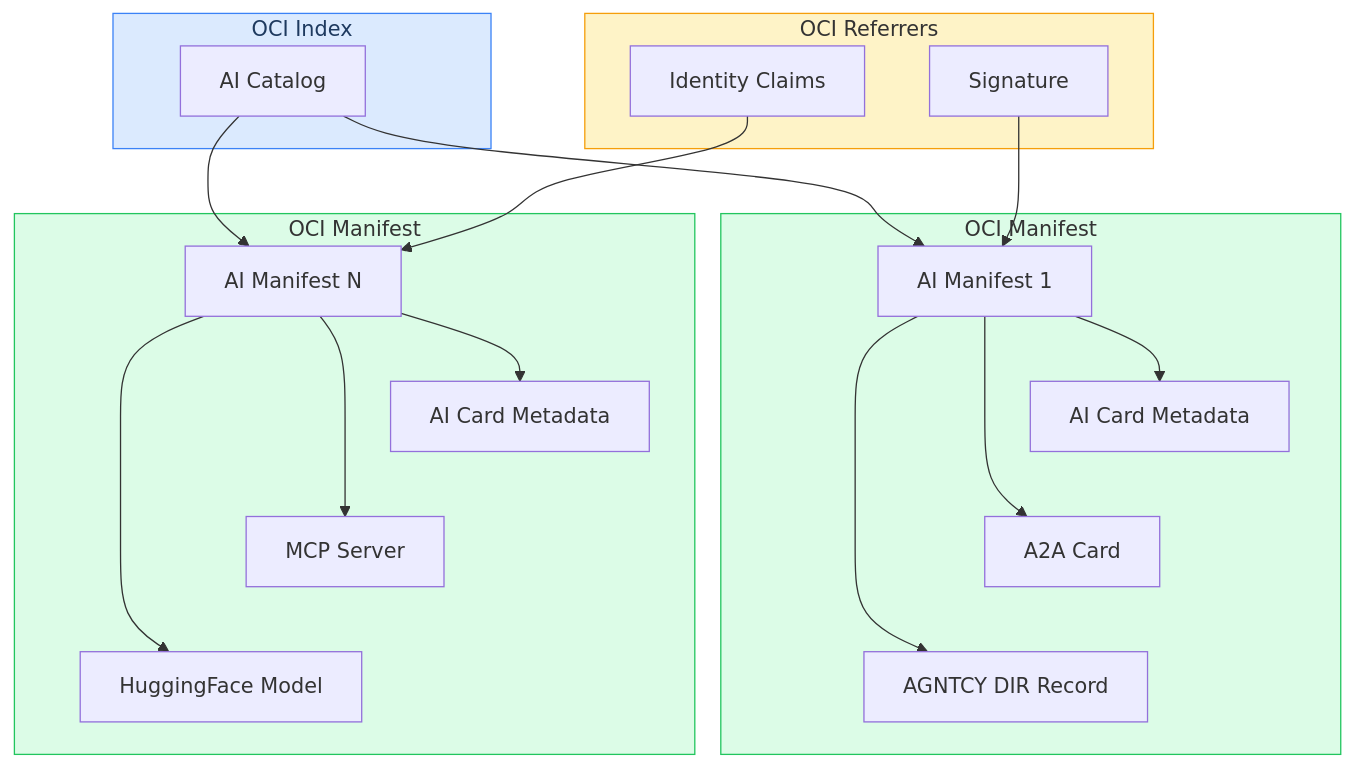
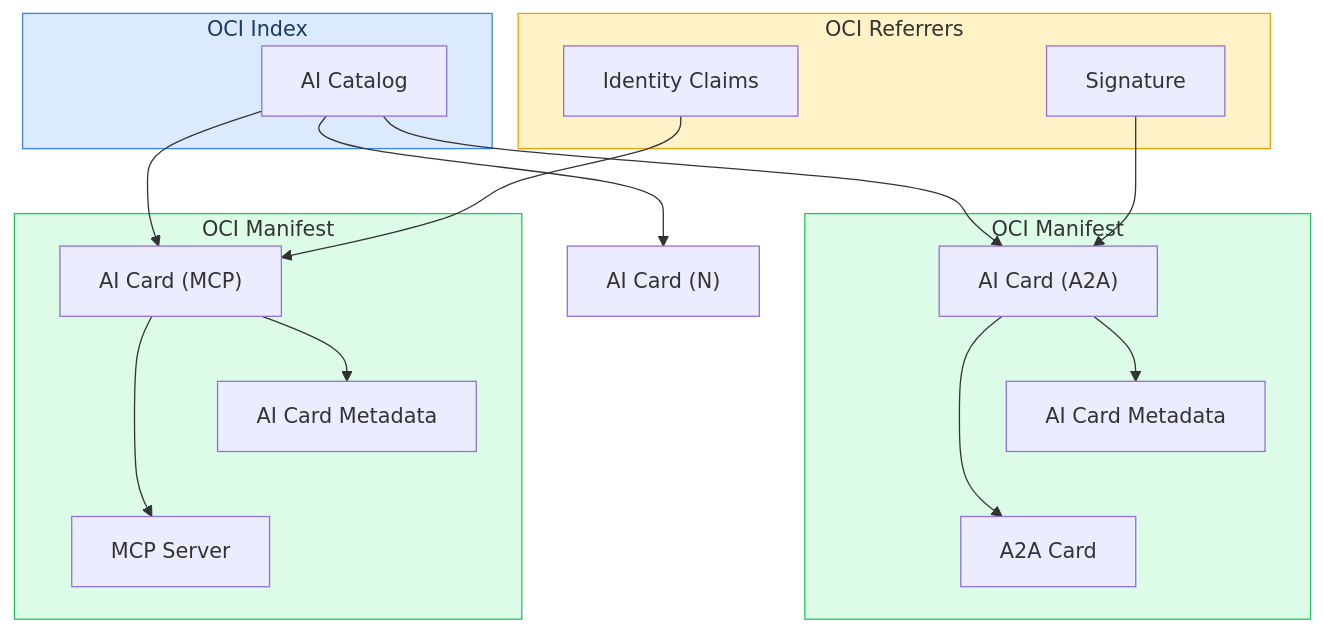
The diagram in specification/README.md (Agent-Card/ai-card), drawn with Mermaid before and after one commit. The commit also changed other lines of this file and 4 other files, not shown here.

````diff
--- a/specification/README.md
+++ b/specification/README.md
@@ -65,36 +65,35 @@
 ```mermaid
 graph TB
   subgraph Catalog["OCI Index"]
     AICatalog["AI Catalog"]
   end
 
-  AICatalog --> AIM1["AI Manifest 1"]
-  AICatalog --> AIMn["AI Manifest N"]
+  AICatalog --> AIC1["AI Card (A2A)"]
+  AICatalog --> AIC2["AI Card (MCP)"]
+  AICatalog --> AICn["AI Card (N)"]
 
-  subgraph Manifest1["OCI Manifest"]
-    AIM1 --> Config1["AI Card Metadata"]
-    AIM1 --> Layer1A["A2A Card"]
-    AIM1 --> Layer1B["AGNTCY DIR Record"]
-    Config1 ~~~ Layer1A ~~~ Layer1B
+  subgraph Card1["OCI Manifest"]
+    AIC1 --> Meta1["AI Card Metadata"]
+    AIC1 --> Layer1["A2A Card"]
+    Meta1 ~~~ Layer1
   end
 
-  subgraph ManifestN["OCI Manifest"]
-    AIMn --> ConfigN["AI Card Metadata"]
-    AIMn --> LayerN1["MCP Server"]
-    AIMn --> LayerN2["HuggingFace Model"]
-    ConfigN ~~~ LayerN1 ~~~ LayerN2
+  subgraph Card2["OCI Manifest"]
+    AIC2 --> Meta2["AI Card Metadata"]
+    AIC2 --> Layer2["MCP Server"]
+    Meta2 ~~~ Layer2
   end
 
   subgraph AppLayer["OCI Referrers"]
     Ext1["Signature"]
     Ext2["Identity Claims"]
   end
 
-  Ext1 --> AIM1
-  Ext2 --> AIMn
+  Ext1 --> AIC1
+  Ext2 --> AIC2
 
   style Catalog fill:#dbeafe,stroke:#3b82f6,color:#1e3a5f
-  style Manifest1 fill:#dcfce7,stroke:#22c55e
-  style ManifestN fill:#dcfce7,stroke:#22c55e
+  style Card1 fill:#dcfce7,stroke:#22c55e
+  style Card2 fill:#dcfce7,stroke:#22c55e
   style AppLayer fill:#fef3c7,stroke:#f59e0b
 ```
````
